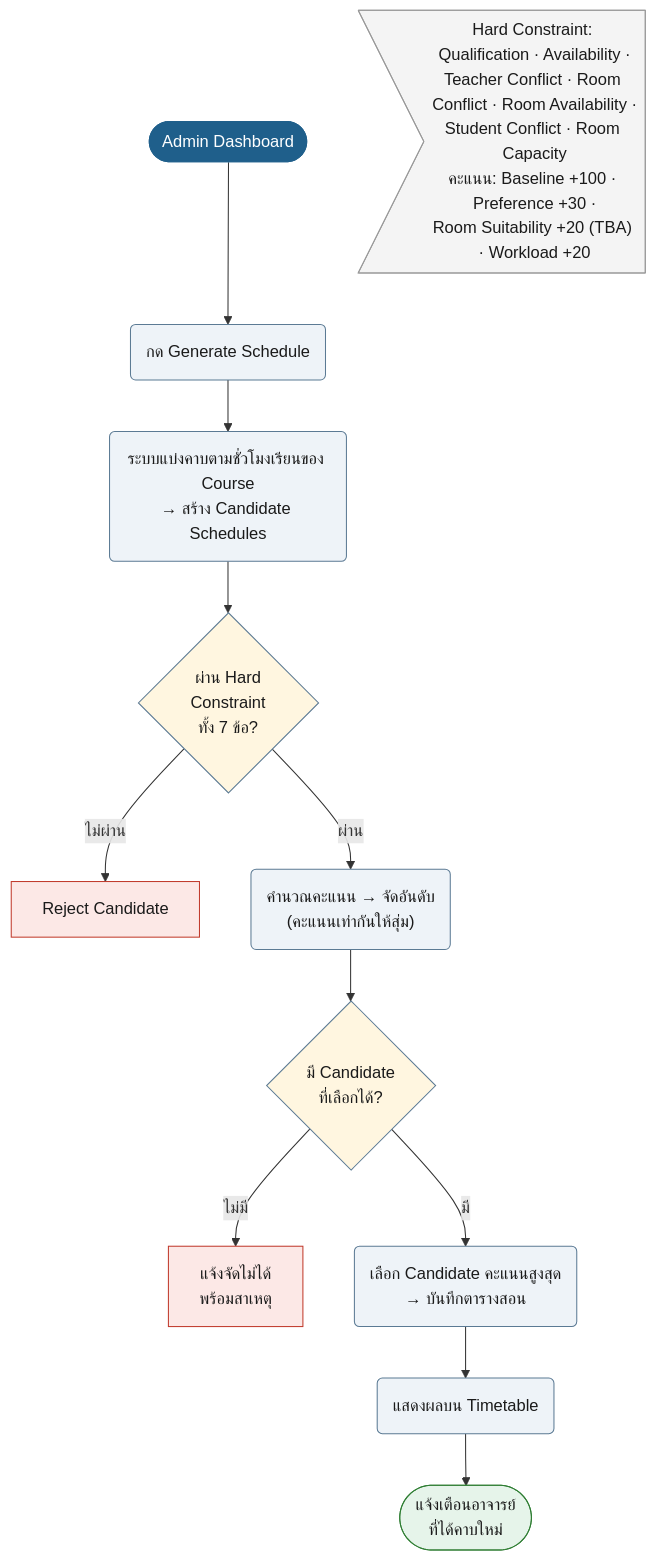
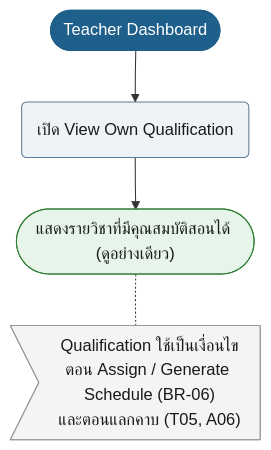
One commit to synthesixer/AcadOS changed diagram 16 of 49 in doc/userflow.md. Above: the diagram before and after it, drawn with Mermaid. The commit also changed other lines of this file and 1 other file, not shown here.

````diff
--- a/doc/userflow.md
+++ b/doc/userflow.md
@@ -543,31 +559,16 @@
 ```mermaid
 flowchart TD
-    n1(["Admin Dashboard"]):::start
-    n2("กด Generate Schedule"):::act
-    n3("ระบบแบ่งคาบตามชั่วโมงเรียนของ Course<br/>→ สร้าง Candidate Schedules"):::act
+    n1(["Teacher Dashboard"]):::start
+    n2("เปิด View Own Qualification"):::act
+    n3(["แสดงรายวิชาที่มีคุณสมบัติสอนได้ (ดูอย่างเดียว)"]):::ok
     n1 --> n2
     n2 --> n3
-    n4{"ผ่าน Hard<br/>Constraint<br/>ทั้ง 7 ข้อ?"}:::dec
-    n3 --> n4
-    n5["Reject Candidate"]:::bad
-    n4 -->|ไม่ผ่าน| n5
-    n6("คำนวณคะแนน → จัดอันดับ<br/>(คะแนนเท่ากันให้สุ่ม)"):::act
-    n4 -->|ผ่าน| n6
-    n7{"มี Candidate<br/>ที่เลือกได้?"}:::dec
-    n6 --> n7
-    n8["แจ้งจัดไม่ได้<br/>พร้อมสาเหตุ"]:::bad
-    n7 -->|ไม่มี| n8
-    n9("เลือก Candidate คะแนนสูงสุด<br/>→ บันทึกตารางสอน"):::act
-    n7 -->|มี| n9
-    n10("แสดงผลบน Timetable"):::act
-    n9 --> n10
-    n11(["แจ้งเตือนอาจารย์<br/>ที่ได้คาบใหม่"]):::ok
-    n10 --> n11
-    n12>"Hard Constraint: Qualification · Availability ·<br/>Teacher Conflict · Room Conflict · Room Availability ·<br/>Student Conflict · Room Capacity<br/>คะแนน: Baseline +100 · Preference +30 ·<br/>Room Suitability +20 (TBA) · Workload +20"]:::note
+    n4>"Qualification ใช้เป็นเงื่อนไขตอน Assign / Generate Schedule (BR-06)<br/>และตอนแลกคาบ (T05, A06)"]:::note
+    n3 -.- n4
     classDef start fill:#1F5F8B,stroke:#1F5F8B,color:#fff
     classDef act fill:#EEF3F8,stroke:#5B7A94,color:#1a1a1a
     classDef dec fill:#FFF6E0,stroke:#5B7A94,color:#1a1a1a
     classDef bad fill:#FCE8E6,stroke:#C0392B,color:#1a1a1a
     classDef ok fill:#E6F4EA,stroke:#2E7D32,color:#1a1a1a
     classDef note fill:#F4F4F4,stroke:#999,color:#1a1a1a
 ```
````
